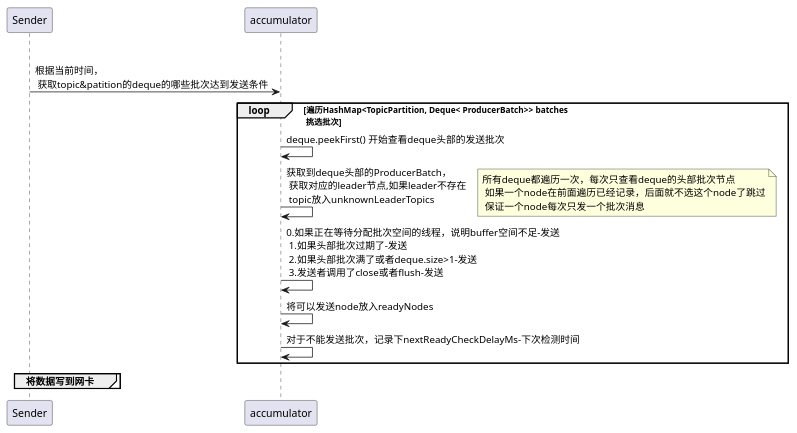
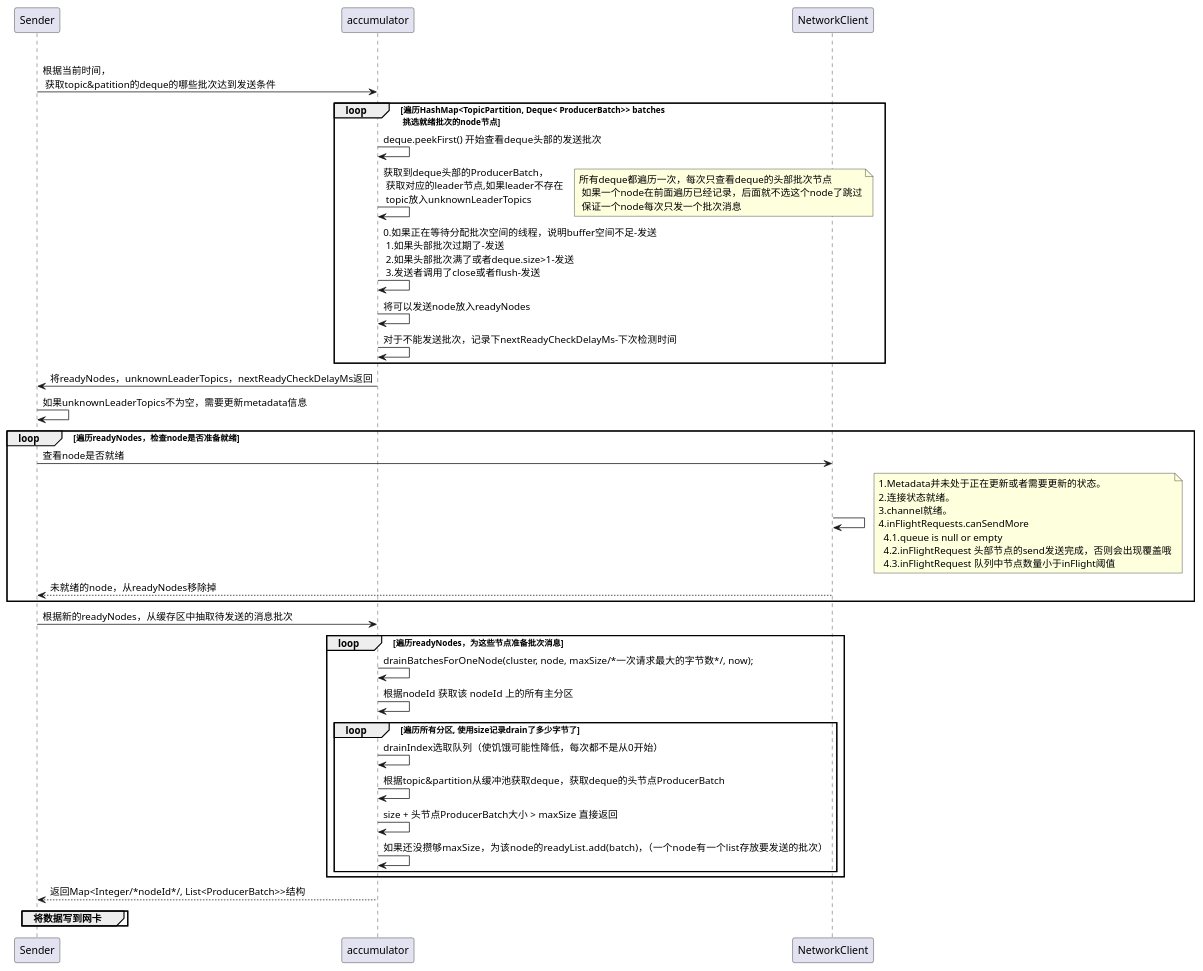
The diagram in kafka/sender.puml (sybnfkn/java-chaotic), drawn with PlantUML before and after one commit.

```diff
--- a/kafka/sender.puml
+++ b/kafka/sender.puml
@@ -1,16 +1,51 @@
 @startuml
 group 先将数据写到channel的send属性上
 Sender -> accumulator: 根据当前时间，\n 获取topic&patition的deque的哪些批次达到发送条件
-loop 遍历HashMap<TopicPartition, Deque< ProducerBatch>> batches \n 挑选批次
+loop 遍历HashMap<TopicPartition, Deque< ProducerBatch>> batches \n 挑选就绪批次的node节点
 accumulator -> accumulator : deque.peekFirst() 开始查看deque头部的发送批次
 accumulator -> accumulator: 获取到deque头部的ProducerBatch，\n 获取对应的leader节点,如果leader不存在 \n topic放入unknownLeaderTopics
 note right: 所有deque都遍历一次，每次只查看deque的头部批次节点 \n 如果一个node在前面遍历已经记录，后面就不选这个node了跳过\n 保证一个node每次只发一个批次消息
 accumulator -> accumulator:0.如果正在等待分配批次空间的线程，说明buffer空间不足-发送 \n 1.如果头部批次过期了-发送 \n 2.如果头部批次满了或者deque.size>1-发送 \n 3.发送者调用了close或者flush-发送
 accumulator -> accumulator:将可以发送node放入readyNodes
 accumulator -> accumulator:对于不能发送批次，记录下nextReadyCheckDelayMs-下次检测时间
 end
+accumulator -> Sender:将readyNodes，unknownLeaderTopics，nextReadyCheckDelayMs返回
+
+Sender -> Sender:如果unknownLeaderTopics不为空，需要更新metadata信息
+loop 遍历readyNodes，检查node是否准备就绪
+Sender -> NetworkClient:查看node是否就绪
+NetworkClient -> NetworkClient:
+note right:1.Metadata并未处于正在更新或者需要更新的状态。\n2.连接状态就绪。\n3.channel就绪。\n4.inFlightRequests.canSendMore\n  4.1.queue is null or empty\n  4.2.inFlightRequest 头部节点的send发送完成，否则会出现覆盖哦\n  4.3.inFlightRequest 队列中节点数量小于inFlight阈值
+NetworkClient --> Sender:未就绪的node，从readyNodes移除掉
+end
+
+Sender -> accumulator:根据新的readyNodes，从缓存区中抽取待发送的消息批次
+loop 遍历readyNodes，为这些节点准备批次消息
+accumulator -> accumulator : drainBatchesForOneNode(cluster, node, maxSize/*一次请求最大的字节数*/, now);
+accumulator -> accumulator: 根据nodeId 获取该 nodeId 上的所有主分区
+loop 遍历所有分区, 使用size记录drain了多少字节了
+accumulator -> accumulator: drainIndex选取队列（使饥饿可能性降低，每次都不是从0开始）
+accumulator -> accumulator: 根据topic&partition从缓冲池获取deque，获取deque的头节点ProducerBatch
+accumulator -> accumulator: size + 头节点ProducerBatch大小 > maxSize 直接返回
+accumulator -> accumulator : 如果还没攒够maxSize，为该node的readyList.add(batch)，（一个node有一个list存放要发送的批次）
+
+
+end
+
+end
+
+
+
+
+
+accumulator --> Sender:返回Map<Integer/*nodeId*/, List<ProducerBatch>>结构
+
+
+
+
+
 
 group 将数据写到网卡
 
 end
 @enduml
```
